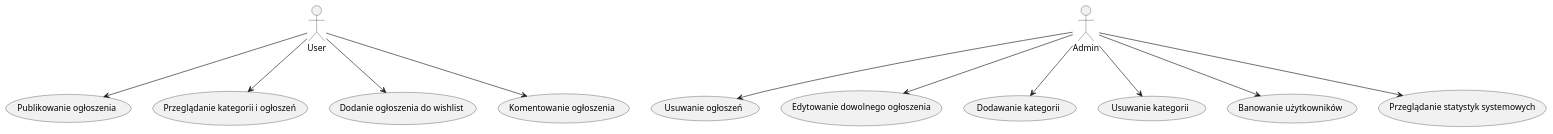
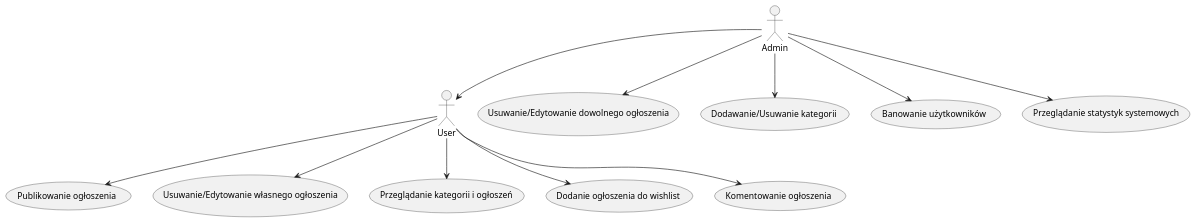
One commit to AntoniUlmaniec/DigitalAnnouncementSite changed the diagram in UseCase1.puml. Above: the diagram before and after it, drawn with PlantUML. The commit also changed 2 other files, not shown here.

```diff
--- a/UseCase1.puml
+++ b/UseCase1.puml
@@ -1,29 +1,30 @@
 @startuml
 actor User
 actor Admin
 
 usecase "Publikowanie ogłoszenia" as UC1
-usecase "Przeglądanie kategorii i ogłoszeń" as UC2
-usecase "Dodanie ogłoszenia do wishlist" as UC3
-usecase "Komentowanie ogłoszenia" as UC4
+usecase "Usuwanie/Edytowanie własnego ogłoszenia" as UC2
+usecase "Przeglądanie kategorii i ogłoszeń" as UC3
+usecase "Dodanie ogłoszenia do wishlist" as UC4
+usecase "Komentowanie ogłoszenia" as UC5
 
-usecase "Usuwanie ogłoszeń" as UC5
-usecase "Edytowanie dowolnego ogłoszenia" as UC6
-usecase "Dodawanie kategorii" as UC7
-usecase "Usuwanie kategorii" as UC8
-usecase "Banowanie użytkowników" as UC9
-usecase "Przeglądanie statystyk systemowych" as UC10
+usecase "Usuwanie/Edytowanie dowolnego ogłoszenia" as UC6
+usecase "Dodawanie/Usuwanie kategorii" as UC7
+usecase "Banowanie użytkowników" as UC8
+usecase "Przeglądanie statystyk systemowych" as UC9
 
 User --> UC1
 User --> UC2
 User --> UC3
 User --> UC4
+User --> UC5
 
-Admin --> UC5
+Admin --> User
+
 Admin --> UC6
 Admin --> UC7
 Admin --> UC8
 Admin --> UC9
-Admin --> UC10
+
 
 @enduml
```
